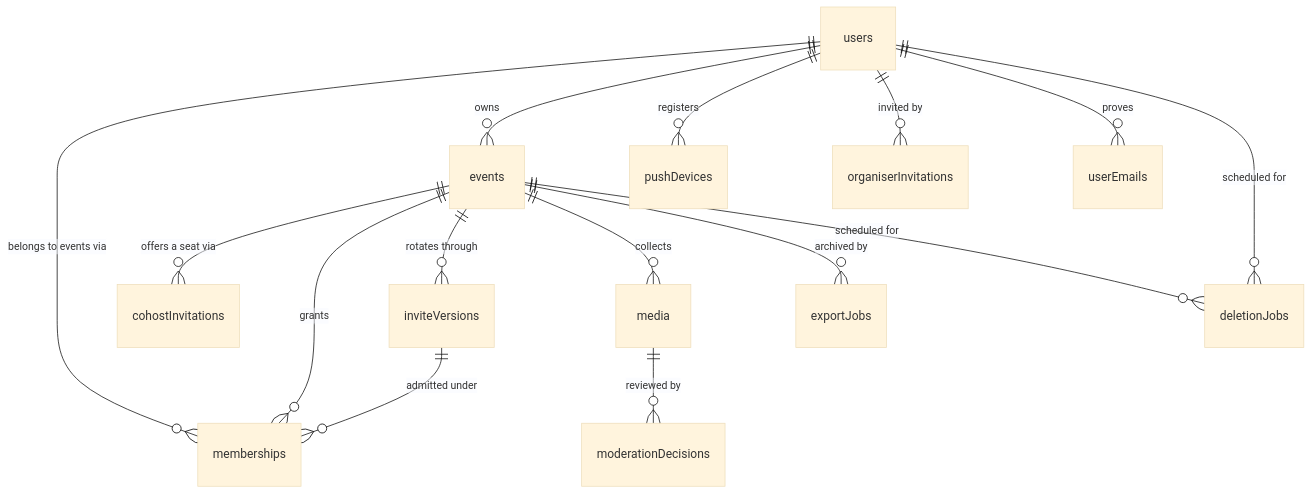
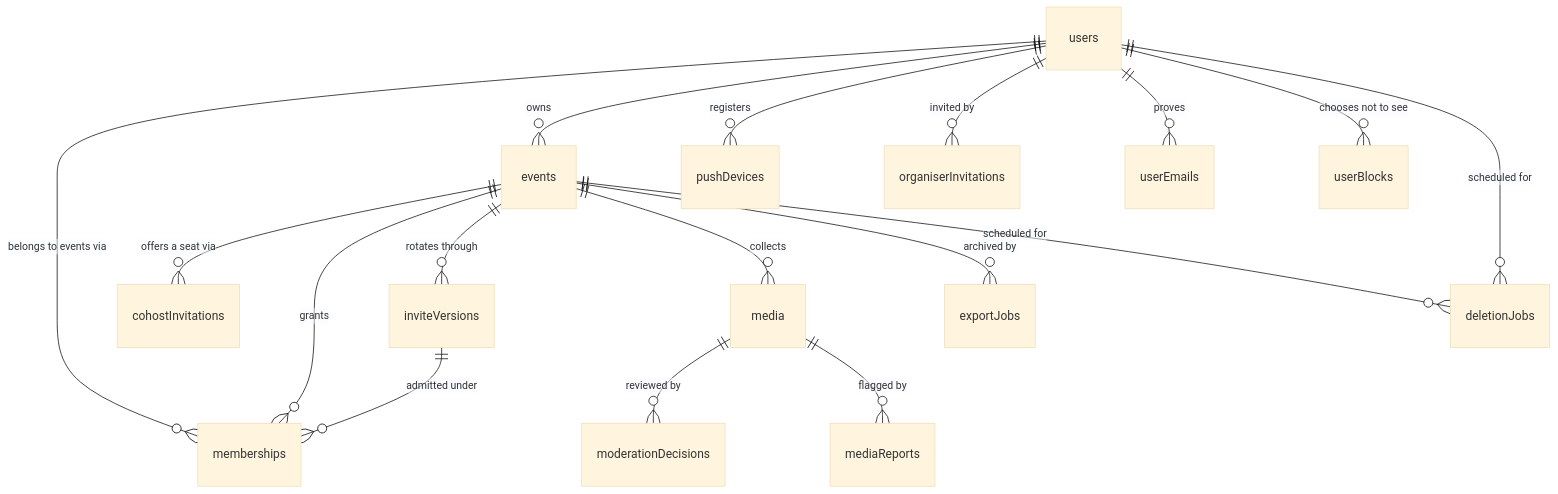
The first of 10 diagrams in docs/domain-model.md (coreybain/party-booth), drawn with Mermaid (base theme) before and after one commit. The commit also changed other lines of this file and 11 other files, not shown here.

````diff
--- a/docs/domain-model.md
+++ b/docs/domain-model.md
@@ -12,17 +12,19 @@
 ```mermaid
 erDiagram
     users ||--o{ memberships : "belongs to events via"
     users ||--o{ events : owns
     users ||--o{ pushDevices : registers
     users ||--o{ organiserInvitations : "invited by"
     users ||--o{ userEmails : "proves"
     events ||--o{ cohostInvitations : "offers a seat via"
     events ||--o{ memberships : grants
     events ||--o{ inviteVersions : "rotates through"
     events ||--o{ media : collects
     inviteVersions ||--o{ memberships : "admitted under"
     media ||--o{ moderationDecisions : "reviewed by"
+    media ||--o{ mediaReports : "flagged by"
+    users ||--o{ userBlocks : "chooses not to see"
     events ||--o{ exportJobs : "archived by"
     users ||--o{ deletionJobs : "scheduled for"
     events ||--o{ deletionJobs : "scheduled for"
 ```
````
